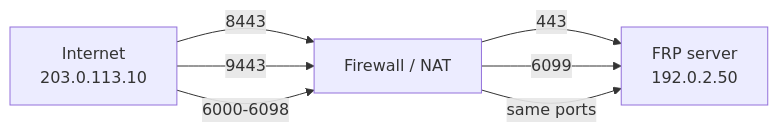
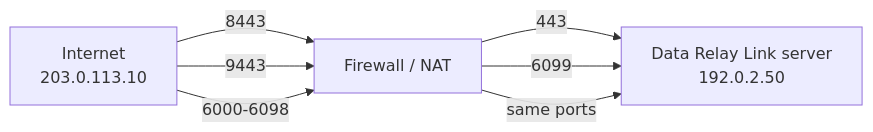
Before and after one commit to datarelay-labs/data-relay-link-docs: the third of 3 diagrams in getting-started/server-installation.mdx, drawn with Mermaid. The commit also changed other lines of this file and 36 other files, not shown here.

````diff
--- a/getting-started/server-installation.mdx
+++ b/getting-started/server-installation.mdx
@@ -62,10 +62,10 @@
 ```mermaid
 flowchart LR
     I[Internet\n203.0.113.10]
     F[Firewall / NAT]
-    S[FRP server\n192.0.2.50]
+    S[Data Relay Link server\n192.0.2.50]
 
     I -->|8443| F -->|443| S
     I -->|9443| F -->|6099| S
     I -->|6000-6098| F -->|same ports| S
 ```
````
